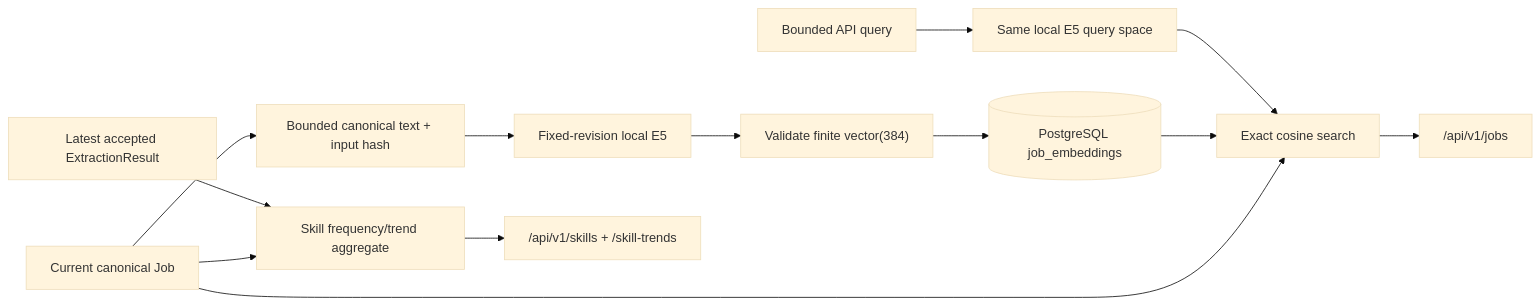
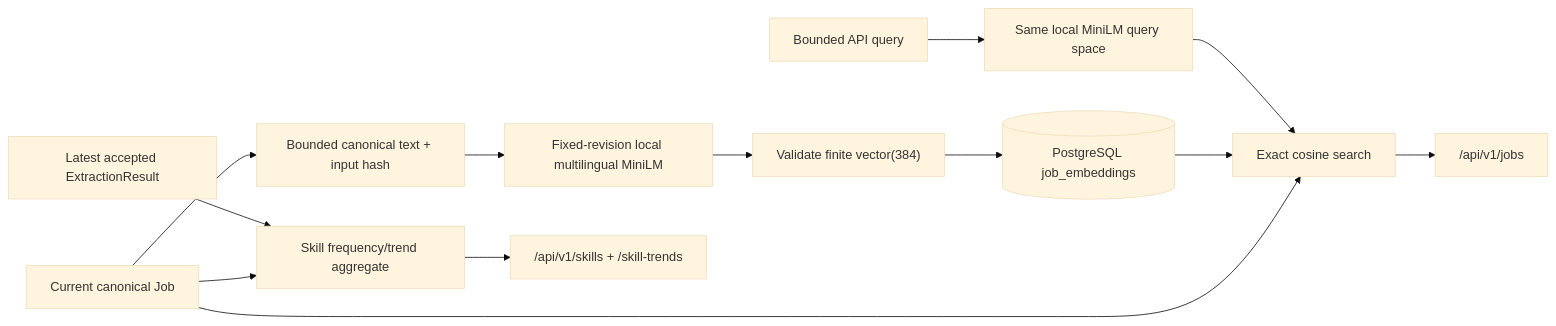
One commit to HPhucTV/DevRadar changed the fourth of 4 diagrams in docs/ARCHITECTURE.md. Above: the diagram before and after it, drawn with Mermaid (base theme). The commit also changed other lines of this file and 6 other files, not shown here.

Commit message:
docs: align architecture after v4 evaluation

````diff
--- a/docs/ARCHITECTURE.md
+++ b/docs/ARCHITECTURE.md
@@ -97,15 +96,15 @@
 ```mermaid
 flowchart LR
     J["Current canonical Job"] --> C["Bounded canonical text + input hash"]
-    C --> E["Fixed-revision local E5"]
+    C --> E["Fixed-revision local multilingual MiniLM"]
     E --> V["Validate finite vector(384)"]
     V --> P[("PostgreSQL job_embeddings")]
-    Q["Bounded API query"] --> QE["Same local E5 query space"]
+    Q["Bounded API query"] --> QE["Same local MiniLM query space"]
     QE --> S["Exact cosine search"]
     P --> S
     J --> S
     X["Latest accepted ExtractionResult"] --> T["Skill frequency/trend aggregate"]
     J --> T
     S --> API["/api/v1/jobs"]
     T --> API2["/api/v1/skills + /skill-trends"]
 ```
````
